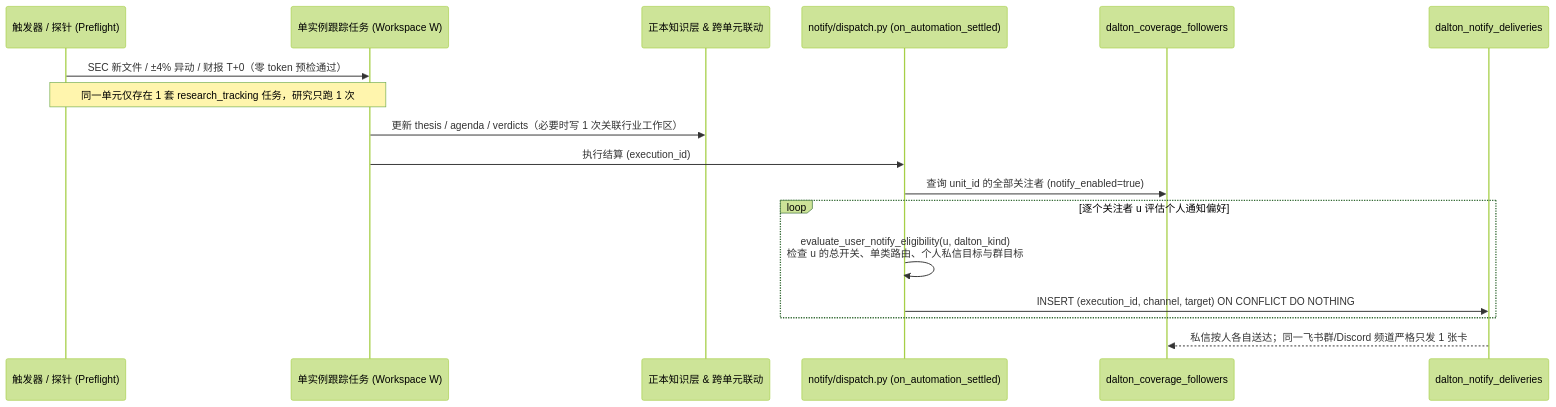
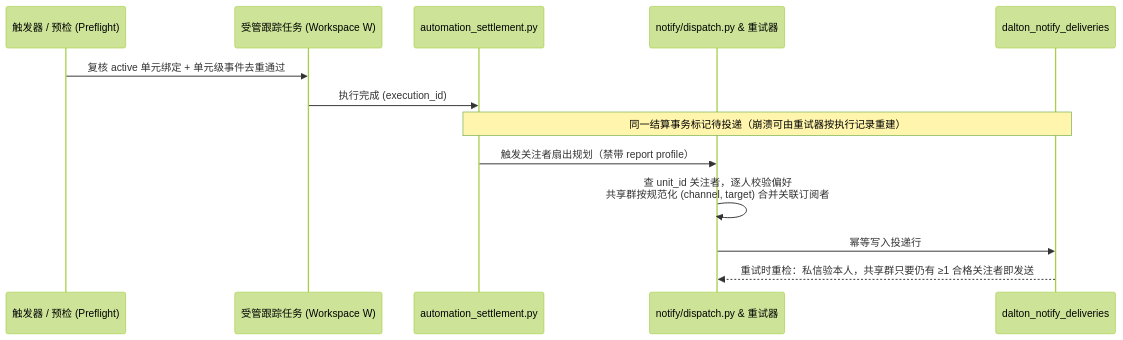
The second of 2 diagrams in docs/dalton/features/coverage-follows-company.md (everflowinv/dalton-langalpha), drawn with Mermaid (forest theme) before and after one commit. The commit also changed other lines of this file, not shown here.

Commit message:
design r2: cutover order, lossless task migration with two-stage rollback, managed tracking classification, recoverable fan-out, trimmed scope

````diff
--- a/docs/dalton/features/coverage-follows-company.md
+++ b/docs/dalton/features/coverage-follows-company.md
@@ -346,20 +332,16 @@
 ```mermaid
 sequenceDiagram
-    participant Cron as 触发器 / 探针 (Preflight)
-    participant Auto as 单实例跟踪任务 (Workspace W)
-    participant KB as 正本知识层 & 跨单元联动
-    participant Dispatch as notify/dispatch.py (on_automation_settled)
-    participant Followers as dalton_coverage_followers
+    participant Cron as 触发器 / 预检 (Preflight)
+    participant Auto as 受管跟踪任务 (Workspace W)
+    participant Settle as automation_settlement.py
+    participant Dispatch as notify/dispatch.py & 重试器
     participant Ledger as dalton_notify_deliveries
 
-    Cron->>Auto: SEC 新文件 / ±4% 异动 / 财报 T+0（零 token 预检通过）
-    Note over Cron,Auto: 同一单元仅存在 1 套 research_tracking 任务，研究只跑 1 次
-    Auto->>KB: 更新 thesis / agenda / verdicts（必要时写 1 次关联行业工作区）
-    Auto->>Dispatch: 执行结算 (execution_id)
-    Dispatch->>Followers: 查询 unit_id 的全部关注者 (notify_enabled=true)
-    loop 逐个关注者 u 评估个人通知偏好
-        Dispatch->>Dispatch: evaluate_user_notify_eligibility(u, dalton_kind)<br/>检查 u 的总开关、单类路由、个人私信目标与群目标
-        Dispatch->>Ledger: INSERT (execution_id, channel, target) ON CONFLICT DO NOTHING
-    end
-    Ledger-->>Followers: 私信按人各自送达；同一飞书群/Discord 频道严格只发 1 张卡
+    Cron->>Auto: 复核 active 单元绑定 + 单元级事件去重通过
+    Auto->>Settle: 执行完成 (execution_id)
+    Note over Settle,Ledger: 同一结算事务标记待投递（崩溃可由重试器按执行记录重建）
+    Settle->>Dispatch: 触发关注者扇出规划（禁带 report profile）
+    Dispatch->>Dispatch: 查 unit_id 关注者，逐人校验偏好<br/>共享群按规范化 (channel, target) 合并关联订阅者
+    Dispatch->>Ledger: 幂等写入投递行
+    Ledger-->>Dispatch: 重试时重检：私信验本人，共享群只要仍有 ≥1 合格关注者即发送
 ```
````
